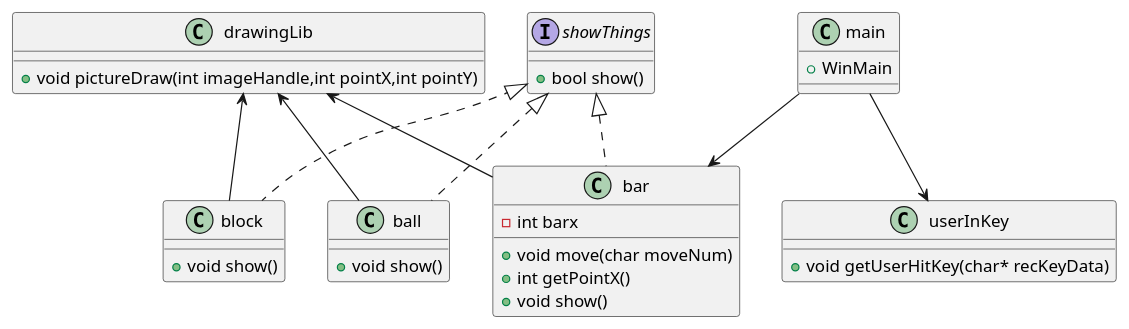
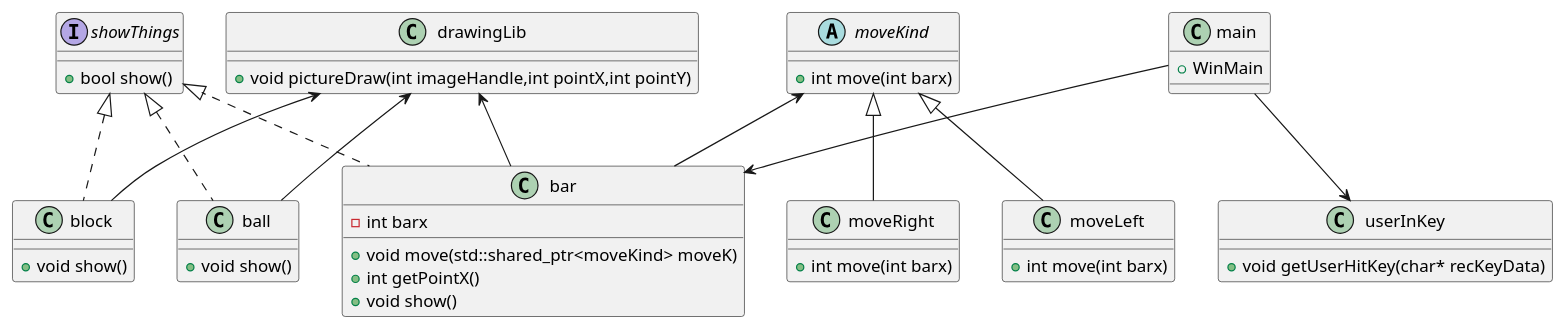
The diagram in Aimforconplete-TDD/TodoList.md (terapotan/Aimforcomplete), drawn with PlantUML before and after one commit. The commit also changed other lines of this file and 12 other files, not shown here.

```diff
--- a/Aimforconplete-TDD/TodoList.md
+++ b/Aimforconplete-TDD/TodoList.md
@@ -61,38 +7,55 @@
 ~~~plantuml
 @startuml
 interface showThings{
     + bool show()
 }
+
 class bar{
     - int barx
-    + void move(char moveNum)
+    + void move(std::shared_ptr<moveKind> moveK)
     + int getPointX()
     + void show()
 }
+
+abstract class moveKind{
+    + int move(int barx)
+}
+
+class moveRight{
+    + int move(int barx)
+}
+
+class moveLeft{
+    + int move(int barx)
+}
+
 class block{
     + void show()
 }
 class ball{
     + void show()
 }
 class drawingLib{
     + void pictureDraw(int imageHandle,int pointX,int pointY)
 }
 
 class userInKey{
     + void getUserHitKey(char* recKeyData)
 }
 class main{
     + WinMain
 }
 
 showThings <|.. bar
 showThings <|.. block
 showThings <|.. ball
 drawingLib <-down- bar
 drawingLib <-down- block
 drawingLib <-down- ball
 main --> bar
 main --> userInKey
+moveKind <-- bar
+moveKind <|-- moveRight
+moveKind <|-- moveLeft
 @enduml
 ~~~
```
